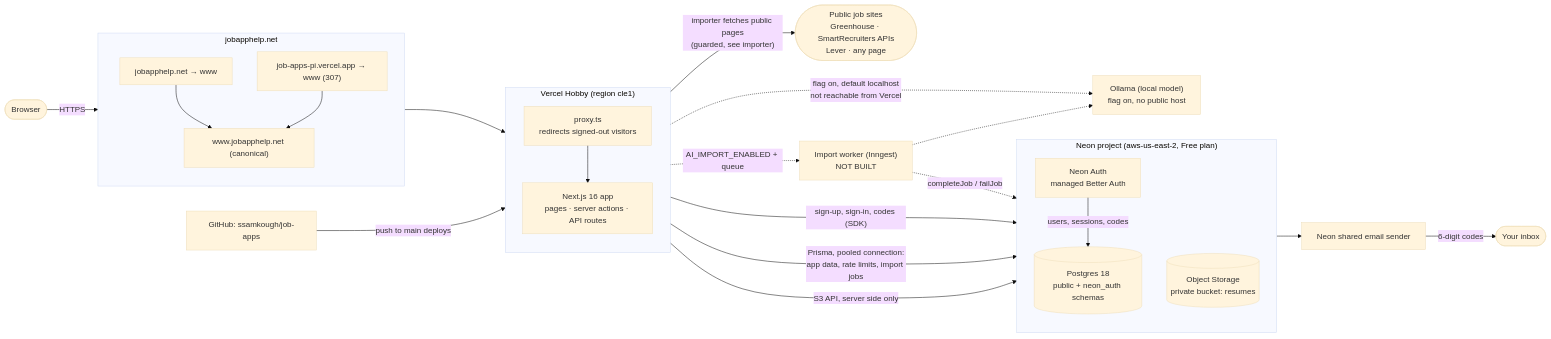
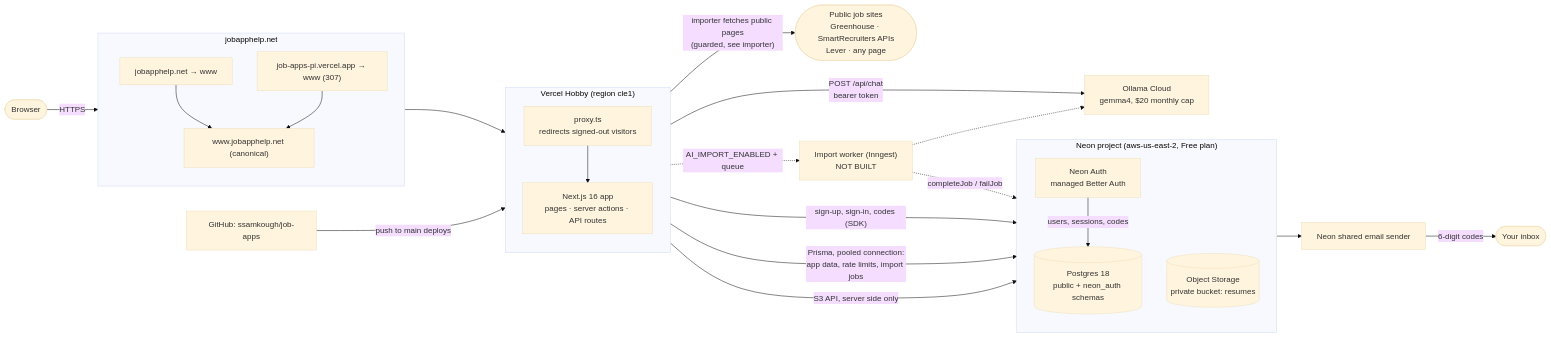
Before and after one commit to ssamkough/job-apps: the first of 4 diagrams in docs/import-architecture.md, drawn with Mermaid (base theme). The commit also changed other lines of this file and 25 other files, not shown here.

First line of the commit message:
Send AI drafts to Ollama Cloud and pause them after $20 in a month.

````diff
--- a/docs/import-architecture.md
+++ b/docs/import-architecture.md
@@ -17,48 +17,48 @@
 ```mermaid
 flowchart LR
     user(["Browser"])
     inbox(["Your inbox"])
     boards(["Public job sites<br/>Greenhouse · SmartRecruiters APIs<br/>Lever · any page"])
 
     subgraph dns["jobapphelp.net"]
         direction TB
         www["www.jobapphelp.net (canonical)"]
         apex["jobapphelp.net → www"]
         legacy["job-apps-pi.vercel.app → www (307)"]
     end
 
     subgraph vercel["Vercel Hobby (region cle1)"]
         direction TB
         proxy["proxy.ts<br/>redirects signed-out visitors"]
         app["Next.js 16 app<br/>pages · server actions · API routes"]
         proxy --> app
     end
 
     subgraph neon["Neon project (aws-us-east-2, Free plan)"]
         direction TB
         auth["Neon Auth<br/>managed Better Auth"]
         pg[("Postgres 18<br/>public + neon_auth schemas")]
         s3[("Object Storage<br/>private bucket: resumes")]
         auth -- "users, sessions, codes" --> pg
     end
 
     mail["Neon shared email sender"]
     gh["GitHub: ssamkough/job-apps"]
-    ollama["Ollama (local model)<br/>flag on, no public host"]
+    ollama["Ollama Cloud<br/>gemma4, $20 monthly cap"]
     worker["Import worker (Inngest)<br/>NOT BUILT"]
 
     user -- "HTTPS" --> www
     apex --> www
     legacy --> www
     www --> proxy
     app -- "sign-up, sign-in, codes (SDK)" --> auth
     app -- "Prisma, pooled connection:<br/>app data, rate limits, import jobs" --> pg
     app -- "S3 API, server side only" --> s3
     app -- "importer fetches public pages<br/>(guarded, see importer)" --> boards
-    app -. "flag on, default localhost<br/>not reachable from Vercel" .-> ollama
+    app -- "POST /api/chat<br/>bearer token" --> ollama
     app -. "AI_IMPORT_ENABLED + queue" .-> worker
     worker -.-> ollama
     worker -. "completeJob / failJob" .-> pg
     auth --> mail -- "6-digit codes" --> inbox
     gh -- "push to main deploys" --> vercel
 ```
````
